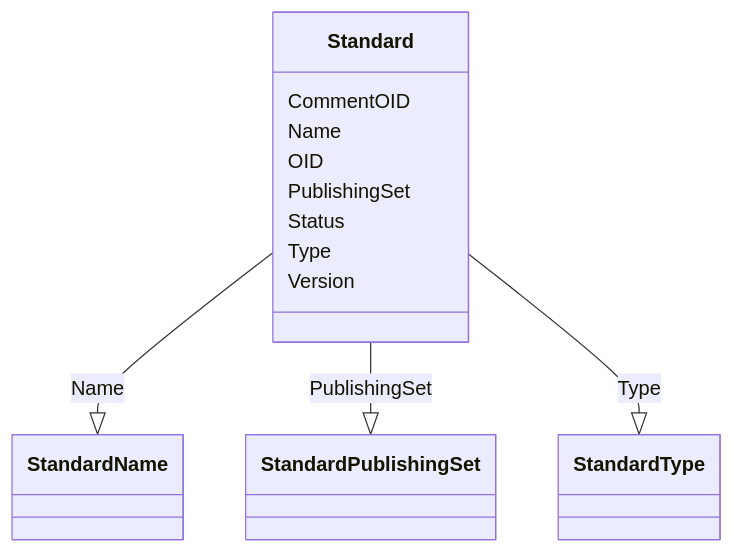
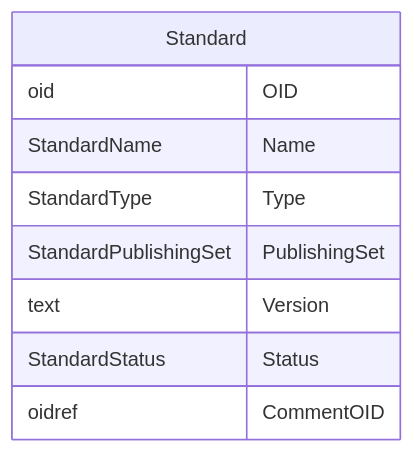
One commit to cdisc-org/DataExchange-ODM-LinkML changed the diagram in docs/Standard.md. Above: the diagram before and after it, drawn with Mermaid. The commit also changed other lines of this file and 181 other files, not shown here.

Commit message:
ER diagrams working via templates and removing names with underscores

````diff
--- a/docs/Standard.md
+++ b/docs/Standard.md
@@ -14,25 +11,15 @@
 ```mermaid
- classDiagram
-    class Standard
-      Standard : CommentOID
-        
-      Standard : Name
-        
-          Standard --|> StandardName : Name
-        
-      Standard : OID
-        
-      Standard : PublishingSet
-        
-          Standard --|> StandardPublishingSet : PublishingSet
-        
-      Standard : Status
-        
-      Standard : Type
-        
-          Standard --|> StandardType : Type
-        
-      Standard : Version
-        
-      
+erDiagram
+Standard {
+    oid OID  
+    StandardName Name  
+    StandardType Type  
+    StandardPublishingSet PublishingSet  
+    text Version  
+    StandardStatus Status  
+    oidref CommentOID  
+}
+
+
+
 ```
````
